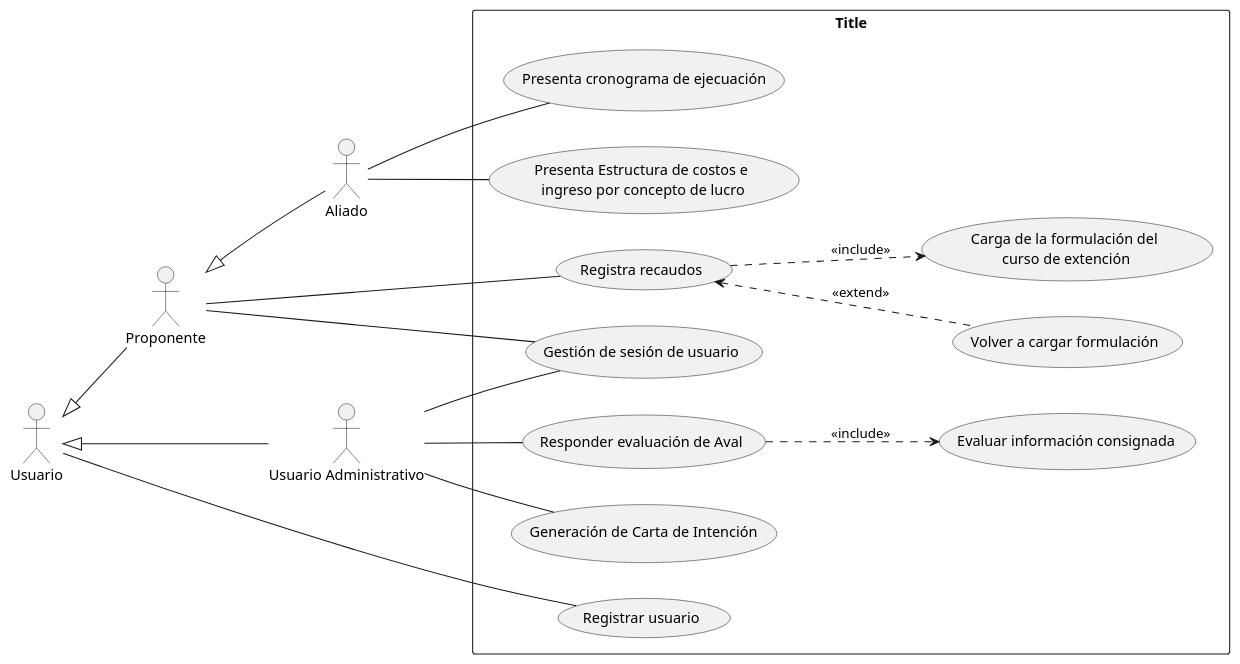
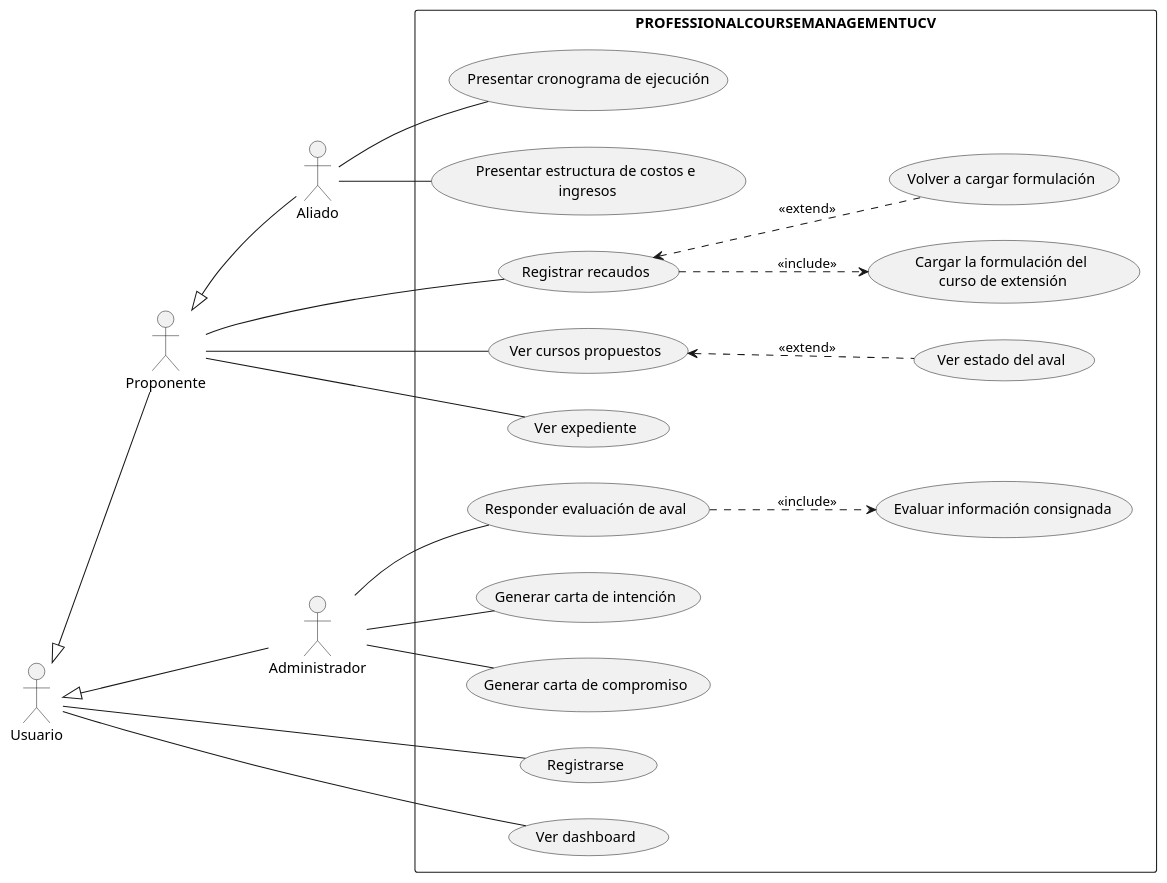
One commit to Samantha-Ramirez/ProyectoEquipo7ING changed the diagram in docs/scenariosView/DiagramaDeCasosDeUso.plantuml. Above: the diagram before and after it, drawn with PlantUML. The commit also changed 6 other files, not shown here.

```diff
--- a/docs/scenariosView/DiagramaDeCasosDeUso.plantuml
+++ b/docs/scenariosView/DiagramaDeCasosDeUso.plantuml
@@ -1,53 +1,61 @@
 @startuml DiagramaDeCasosDeUso
 'INICIO DE CASO DE USO
 
 'PRIMER ACTOR
 actor :Usuario: as Men1
 actor :Proponente: as Men2
-actor :Usuario Administrativo: as Men3
+actor :Administrador: as Men3
 actor :Aliado: as Men4
 
 Men1 <|-- Men2
 Men1 <|-- Men3
 Men2 <|-- Men4
 left to right direction
+
 'INICIO DEL LIMITE
-rectangle Title{
-(Registrar usuario) as (UC1)
+rectangle PROFESSIONALCOURSEMANAGEMENTUCV{
+(Registrarse) as (UC1)
 
 
-(Registra recaudos) as (UC3)
+(Registrar recaudos) as (UC3)
+(Ver cursos propuestos) as (UC14)
+(Ver estado del aval) as (UC12)
+(Ver expediente) as (UC11)
 
 'CASO INCLUDE
-(Carga de la formulación del\n curso de extención) as (UC5)
+(Cargar la formulación del\n curso de extensión) as (UC5)
 
-(Gestión de sesión de usuario) as (UC2)
+(Ver dashboard) as (UC2)
 
 'CASO EXTEND
 (Volver a cargar formulación) as (UCE1)
 
 (Evaluar información consignada) as (UC6)
-(Responder evaluación de Aval) as (UC7)
-(Generación de Carta de Intención) as (UC8)
+(Responder evaluación de aval) as (UC7)
+(Generar carta de intención) as (UC8)
+(Generar carta de compromiso) as (UC13)
 
-(Presenta cronograma de ejecuación) as (UC9)
-(Presenta Estructura de costos e\n ingreso por concepto de lucro) as (UC10)
+(Presentar cronograma de ejecución) as (UC9)
+(Presentar estructura de costos e\n ingresos) as (UC10)
 }
 
 Men1 -- UC1
+Men1 -- UC2
 
-Men2 -- UC2
 Men2 -- UC3
+Men2 -- UC14
+UC14 <.. UC12: <<extend>>
+Men2 -- UC11
 UC3 ..> UC5  : <<include>>
 
-Men3 -- UC2
 Men3 -- UC7
 UC7 ..> UC6  : <<include>>
 Men3 -- UC8
+Men3 --UC13
 
 Men4 -- UC9
 Men4 -- UC10
 
 UC3 <.. UCE1 : <<extend>>
 
 @enduml
```
